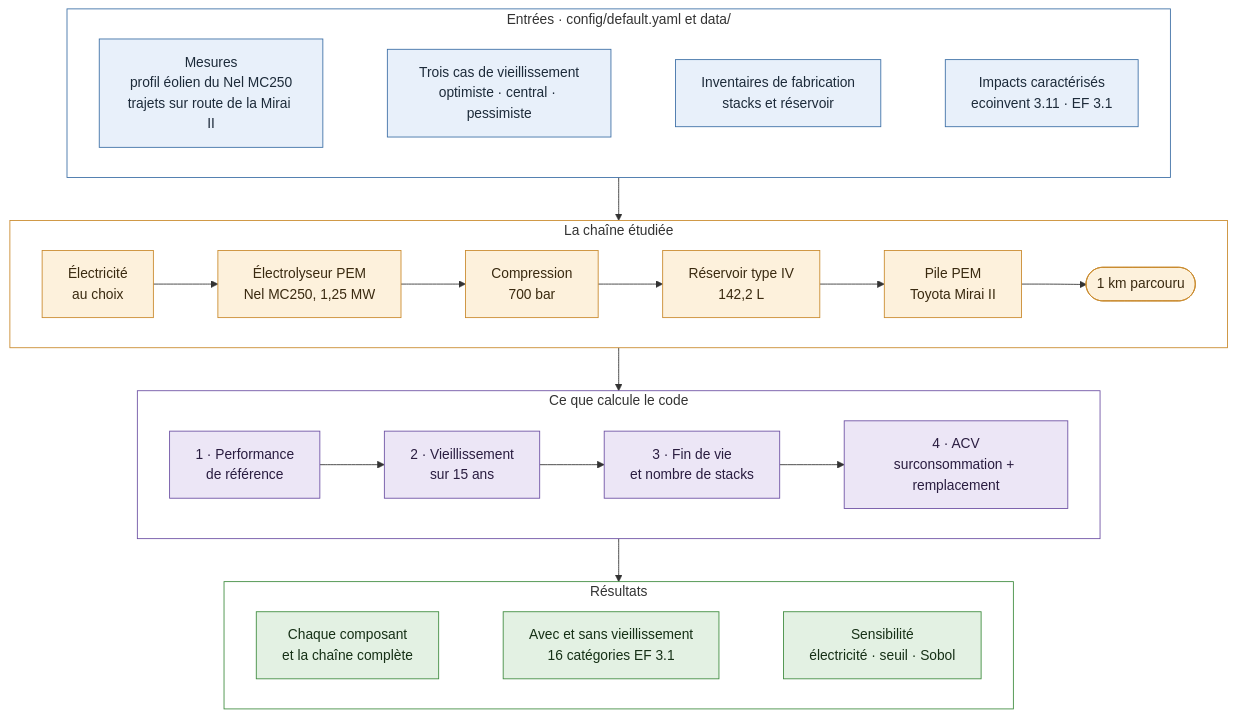
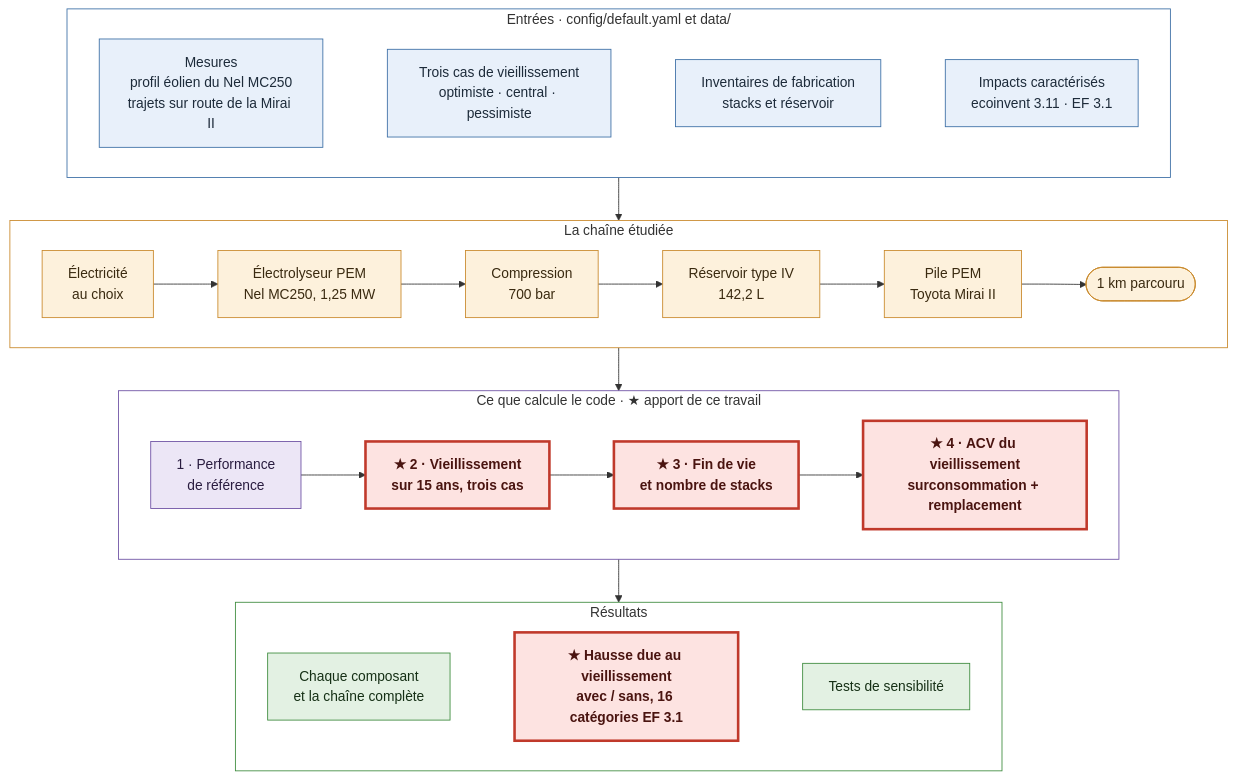
Before and after one commit to Ayabh12/h2-ageing-lca: the diagram in README.fr.md, drawn with Mermaid. The commit also changed 1 other file, not shown here.

Commit message:
README diagram: contribution of this work highlighted (ageing, end of life and stacks, LCA of ageing, rise due to ageing); sensitivity tests without detail (EN and FR)

````diff
--- a/README.fr.md
+++ b/README.fr.md
@@ -77,44 +77,46 @@
 ```mermaid
 flowchart TB
     subgraph E["Entrées · config/default.yaml et data/"]
         direction LR
         e1["Mesures<br/>profil éolien du Nel MC250<br/>trajets sur route de la Mirai II"]
         e2["Trois cas de vieillissement<br/>optimiste · central · pessimiste"]
         e3["Inventaires de fabrication<br/>stacks et réservoir"]
         e4["Impacts caractérisés<br/>ecoinvent 3.11 · EF 3.1"]
         e1 ~~~ e2 ~~~ e3 ~~~ e4
     end
 
     subgraph C["La chaîne étudiée"]
         direction LR
         c1["Électricité<br/>au choix"] --> c2["Électrolyseur PEM<br/>Nel MC250, 1,25 MW"] --> c3["Compression<br/>700 bar"] --> c4["Réservoir type IV<br/>142,2 L"] --> c5["Pile PEM<br/>Toyota Mirai II"] --> c6(["1 km parcouru"])
     end
 
-    subgraph M["Ce que calcule le code"]
+    subgraph M["Ce que calcule le code · ★ apport de ce travail"]
         direction LR
-        m1["1 · Performance<br/>de référence"] --> m2["2 · Vieillissement<br/>sur 15 ans"] --> m3["3 · Fin de vie<br/>et nombre de stacks"] --> m4["4 · ACV<br/>surconsommation + remplacement"]
+        m1["1 · Performance<br/>de référence"] --> m2["★ 2 · Vieillissement<br/>sur 15 ans, trois cas"] --> m3["★ 3 · Fin de vie<br/>et nombre de stacks"] --> m4["★ 4 · ACV du vieillissement<br/>surconsommation + remplacement"]
     end
 
     subgraph R["Résultats"]
         direction LR
         r1["Chaque composant<br/>et la chaîne complète"]
-        r2["Avec et sans vieillissement<br/>16 catégories EF 3.1"]
-        r3["Sensibilité<br/>électricité · seuil · Sobol"]
+        r2["★ Hausse due au vieillissement<br/>avec / sans, 16 catégories EF 3.1"]
+        r3["Tests de sensibilité"]
         r1 ~~~ r2 ~~~ r3
     end
 
     E --> C --> M --> R
 
     classDef inp fill:#e8f0fa,stroke:#3b6ea5,color:#1d2b3a
     classDef chain fill:#fdf1dc,stroke:#c9892b,color:#3a2a10
     classDef code fill:#ece6f6,stroke:#6c4fa3,color:#2a1d40
     classDef res fill:#e3f1e3,stroke:#3d8b3d,color:#163016
     class e1,e2,e3,e4 inp
     class c1,c2,c3,c4,c5,c6 chain
     class m1,m2,m3,m4 code
     class r1,r2,r3 res
     style E fill:#ffffff,stroke:#3b6ea5
     style C fill:#ffffff,stroke:#c9892b
     style M fill:#ffffff,stroke:#6c4fa3
     style R fill:#ffffff,stroke:#3d8b3d
+    classDef key fill:#fde3e1,stroke:#c0392b,stroke-width:3px,color:#4a1410,font-weight:bold
+    class m2,m3,m4,r2 key
 ```
````
